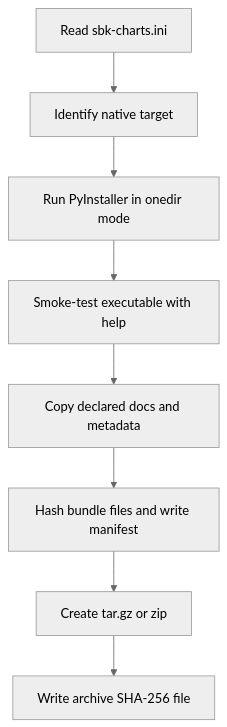
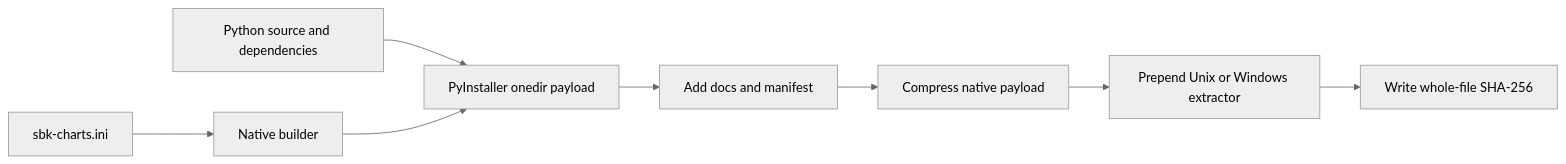
Before and after one commit to kmgowda/sbk-charts: the second of 2 diagrams in docs/PORTABLE.md, drawn with Mermaid (neutral theme). The commit also changed other lines of this file and 17 other files, not shown here.

````diff
--- a/docs/PORTABLE.md
+++ b/docs/PORTABLE.md
@@ -96,10 +130,10 @@
 ```mermaid
-flowchart TD
-    A[Read sbk-charts.ini] --> B[Identify native target]
-    B --> C[Run PyInstaller in onedir mode]
-    C --> D[Smoke-test executable with help]
-    D --> E[Copy declared docs and metadata]
-    E --> F[Hash bundle files and write manifest]
-    F --> G[Create tar.gz or zip]
-    G --> H[Write archive SHA-256 file]
+flowchart LR
+    P[sbk-charts.ini] --> B[Native builder]
+    S[Python source and dependencies] --> F[PyInstaller onedir payload]
+    B --> F
+    F --> M[Add docs and manifest]
+    M --> C[Compress native payload]
+    C --> X[Prepend Unix or Windows extractor]
+    X --> H[Write whole-file SHA-256]
 ```
````
